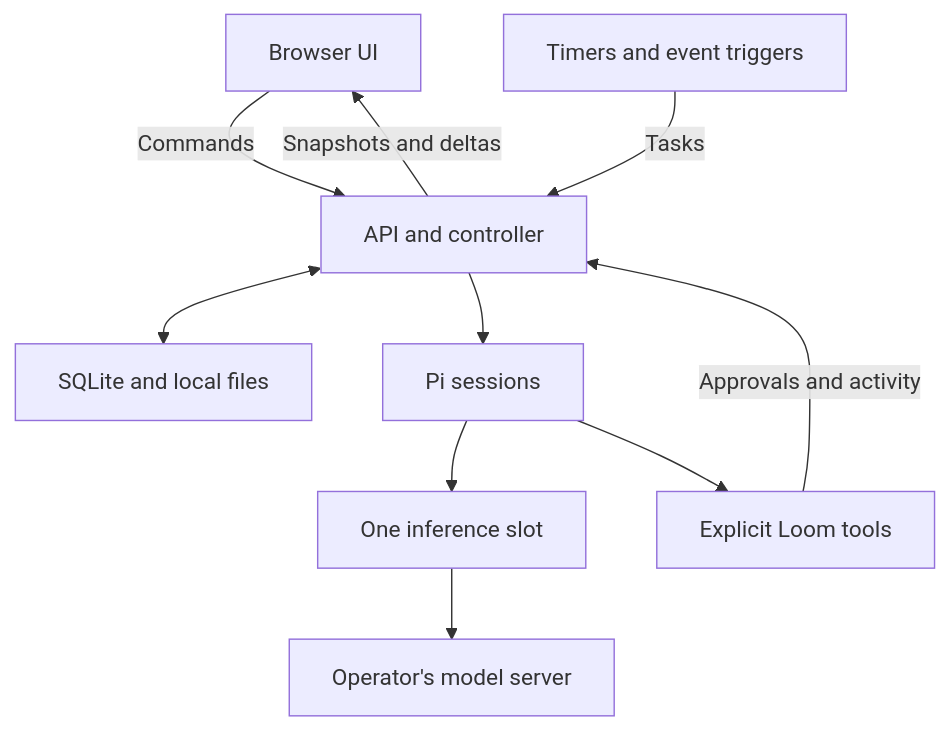
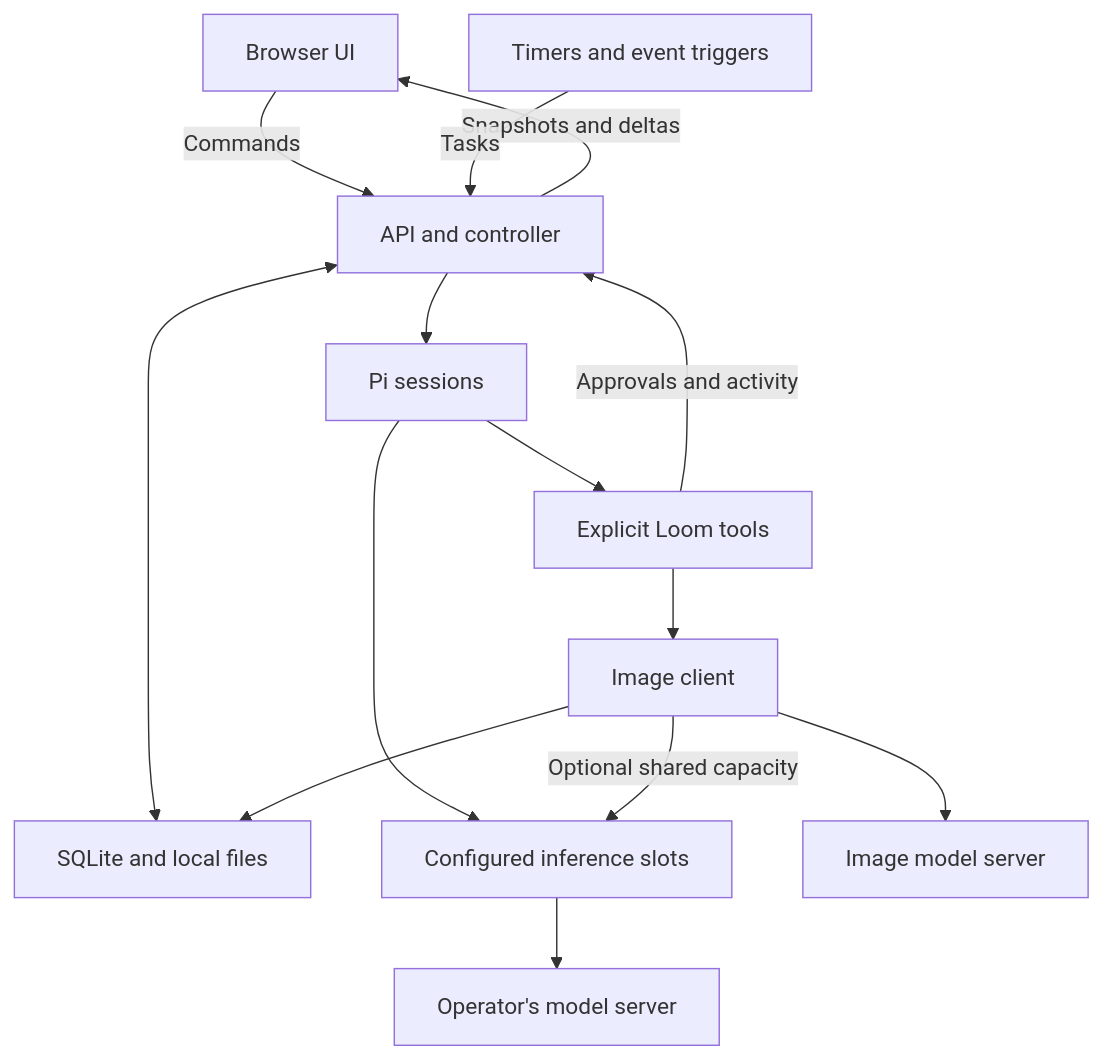
The diagram in docs/ARCHITECTURE.md (StackPiles/agent-loom), drawn with Mermaid before and after one commit. The commit also changed other lines of this file and 38 other files, not shown here.

First line of the commit message:
feat: add image generation and configurable concurrent inference (0.1.3)

````diff
--- a/docs/ARCHITECTURE.md
+++ b/docs/ARCHITECTURE.md
@@ -9,12 +9,16 @@
 ```mermaid
 flowchart TD
     Browser["Browser UI"] -->|"Commands"| App["API and controller"]
     App -->|"Snapshots and deltas"| Browser
     Scheduler["Timers and event triggers"] -->|"Tasks"| App
     App <--> Store["SQLite and local files"]
     App --> Runtime["Pi sessions"]
-    Runtime --> Gate["One inference slot"]
+    Runtime --> Gate["Configured inference slots"]
     Gate --> Model["Operator's model server"]
     Runtime --> Tools["Explicit Loom tools"]
     Tools -->|"Approvals and activity"| App
+    Tools --> Images["Image client"]
+    Images -->|"Optional shared capacity"| Gate
+    Images --> ImageModel["Image model server"]
+    Images --> Store
 ```
````
